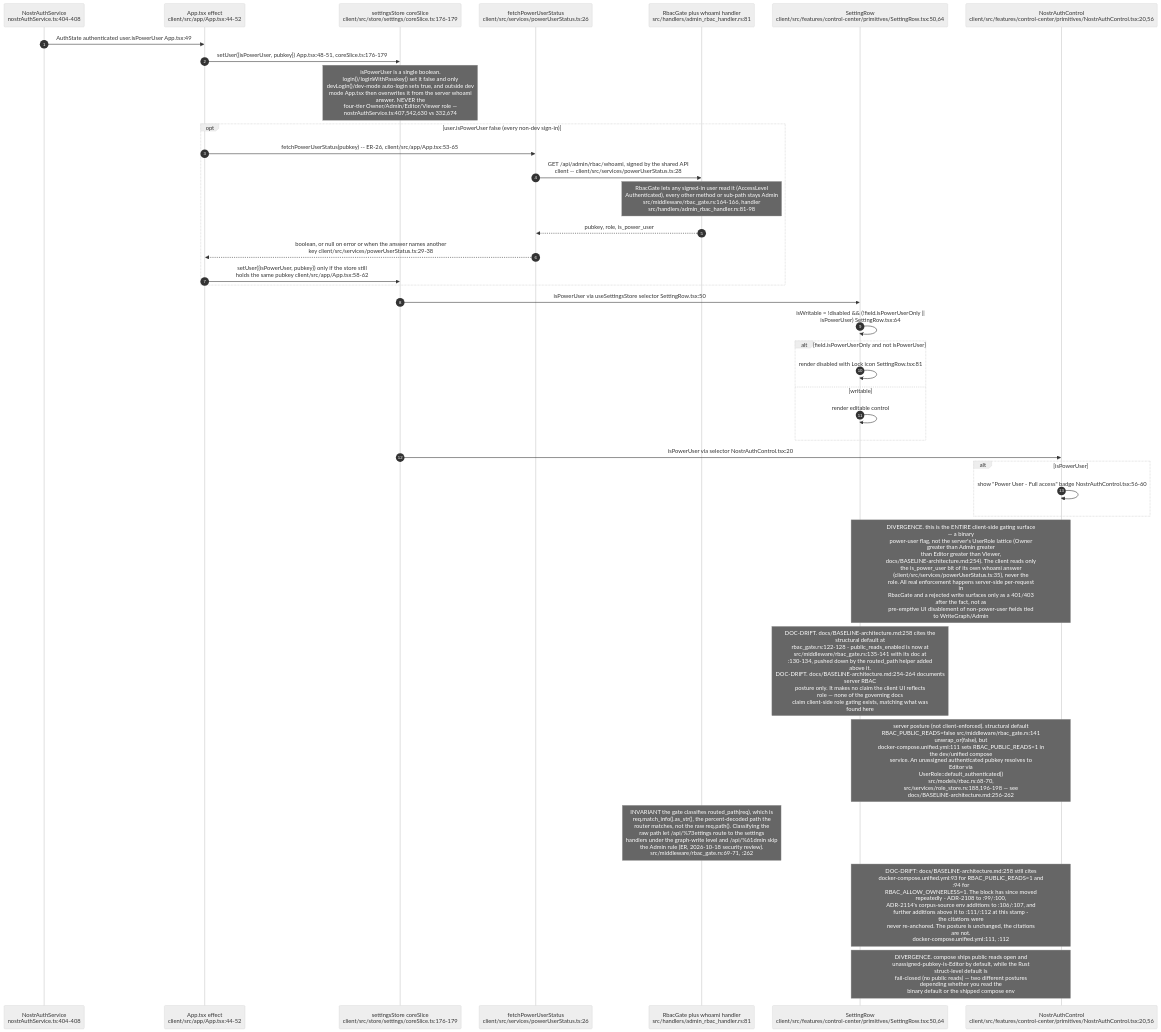
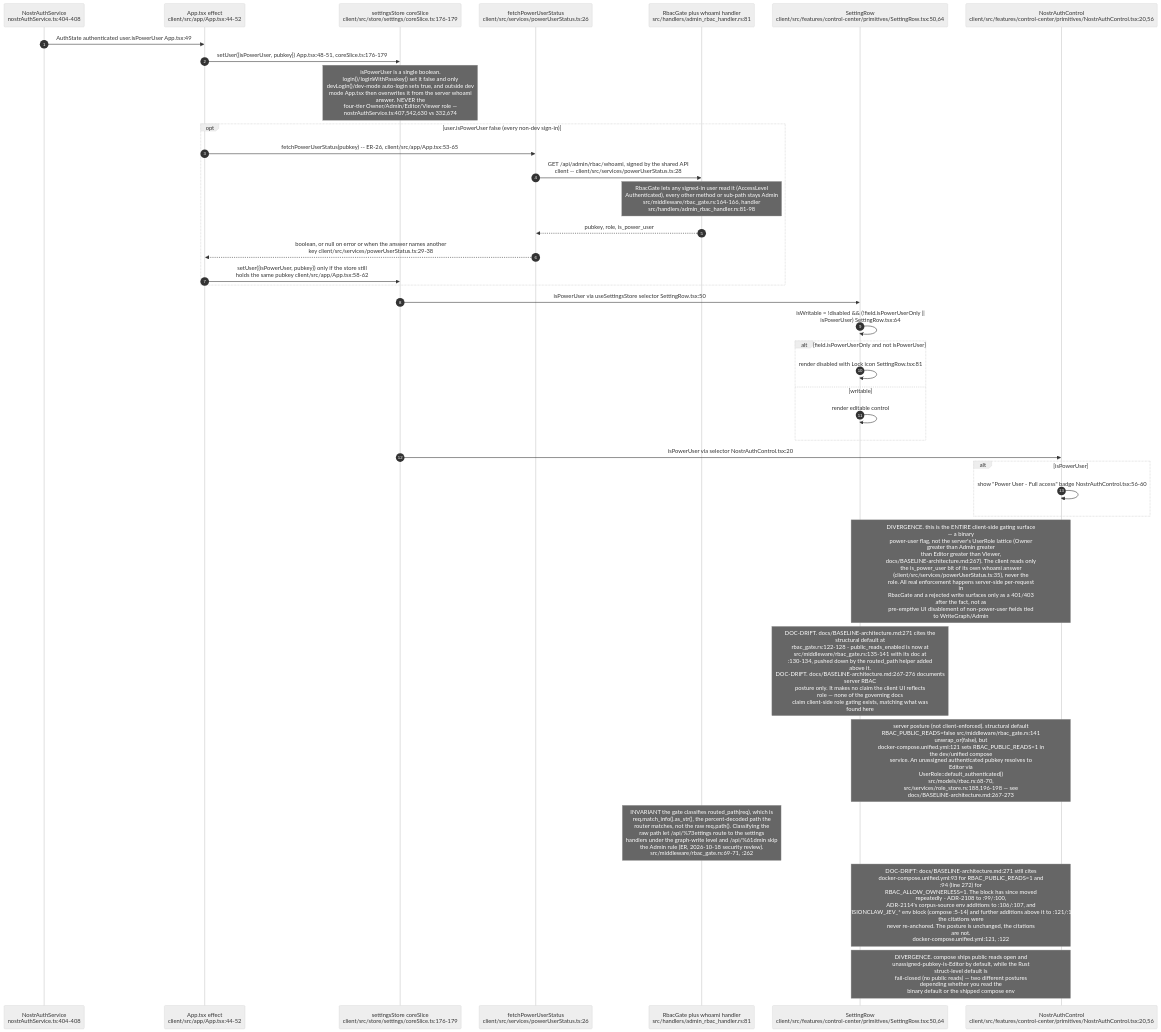
One commit to DreamLab-AI/VisionFlow changed the sixth of 8 diagrams in docs/diagrams/visionclaw/33-client-auth-and-identity.md. Above: the diagram before and after it, drawn with Mermaid (neutral theme). The commit also changed other lines of this file and 145 other files, not shown here.

````diff
--- a/docs/diagrams/visionclaw/33-client-auth-and-identity.md
+++ b/docs/diagrams/visionclaw/33-client-auth-and-identity.md
@@ -289,42 +289,42 @@
 ```mermaid
 sequenceDiagram
     autonumber
     participant NA as NostrAuthService<br/>nostrAuthService.ts:404-408
     participant App as App.tsx effect<br/>client/src/app/App.tsx:44-52
     participant Store as settingsStore coreSlice<br/>client/src/store/settings/coreSlice.ts:176-179
     participant PUS as fetchPowerUserStatus<br/>client/src/services/powerUserStatus.ts:26
     participant SRV as RbacGate plus whoami handler<br/>src/handlers/admin_rbac_handler.rs:81
     participant Row as SettingRow<br/>client/src/features/control-center/primitives/SettingRow.tsx:50,64
     participant Ctl as NostrAuthControl<br/>client/src/features/control-center/primitives/NostrAuthControl.tsx:20,56
 
     NA->>App: AuthState authenticated user.isPowerUser App.tsx:49
     App->>Store: setUser({isPowerUser, pubkey}) App.tsx:48-51, coreSlice.ts:176-179
     Note over Store: isPowerUser is a single boolean.<br/>login()/loginWithPasskey() set it false and only<br/>devLogin()/dev-mode auto-login sets true, and outside dev<br/>mode App.tsx then overwrites it from the server whoami<br/>answer. NEVER the<br/>four-tier Owner/Admin/Editor/Viewer role —<br/>nostrAuthService.ts:407,542,630 vs 332,674
     opt user.isPowerUser false (every non-dev sign-in)
         App->>PUS: fetchPowerUserStatus(pubkey) -- ER-26, client/src/app/App.tsx:53-65
         PUS->>SRV: GET /api/admin/rbac/whoami, signed by the shared API<br/>client -- client/src/services/powerUserStatus.ts:28
         Note over SRV: RbacGate lets any signed-in user read it (AccessLevel<br/>Authenticated), every other method or sub-path stays Admin<br/>src/middleware/rbac_gate.rs:164-166, handler<br/>src/handlers/admin_rbac_handler.rs:81-98
         SRV-->>PUS: pubkey, role, is_power_user
         PUS-->>App: boolean, or null on error or when the answer names another<br/>key client/src/services/powerUserStatus.ts:29-38
         App->>Store: setUser({isPowerUser, pubkey}) only if the store still<br/>holds the same pubkey client/src/app/App.tsx:58-62
     end
     Store->>Row: isPowerUser via useSettingsStore selector SettingRow.tsx:50
     Row->>Row: isWritable = !disabled && (!field.isPowerUserOnly ||<br/>isPowerUser) SettingRow.tsx:64
     alt field.isPowerUserOnly and not isPowerUser
         Row->>Row: render disabled with Lock icon SettingRow.tsx:81
     else writable
         Row->>Row: render editable control
     end
     Store->>Ctl: isPowerUser via selector NostrAuthControl.tsx:20
     alt isPowerUser
         Ctl->>Ctl: show "Power User - Full access" badge NostrAuthControl.tsx:56-60
     end
 
-    Note over Row,Ctl: DIVERGENCE. this is the ENTIRE client-side gating surface<br/>— a binary<br/>power-user flag, not the server's UserRole lattice (Owner<br/>greater than Admin greater<br/>than Editor greater than Viewer,<br/>docs/BASELINE-architecture.md:254). The client reads only<br/>the is_power_user bit of its own whoami answer<br/>(client/src/services/powerUserStatus.ts:35), never the<br/>role. All real enforcement happens server-side per-request<br/>in<br/>RbacGate and a rejected write surfaces only as a 401/403<br/>after the fact, not as<br/>pre-emptive UI disablement of non-power-user fields tied<br/>to WriteGraph/Admin
-    Note over Row: DOC-DRIFT. docs/BASELINE-architecture.md:258 cites the<br/>structural default at<br/>rbac_gate.rs:122-128 - public_reads_enabled is now at<br/>src/middleware/rbac_gate.rs:135-141 with its doc at<br/>:130-134, pushed down by the routed_path helper added<br/>above it.<br/>DOC-DRIFT. docs/BASELINE-architecture.md:254-264 documents<br/>server RBAC<br/>posture only. It makes no claim the client UI reflects<br/>role — none of the governing docs<br/>claim client-side role gating exists, matching what was<br/>found here
+    Note over Row,Ctl: DIVERGENCE. this is the ENTIRE client-side gating surface<br/>— a binary<br/>power-user flag, not the server's UserRole lattice (Owner<br/>greater than Admin greater<br/>than Editor greater than Viewer,<br/>docs/BASELINE-architecture.md:267). The client reads only<br/>the is_power_user bit of its own whoami answer<br/>(client/src/services/powerUserStatus.ts:35), never the<br/>role. All real enforcement happens server-side per-request<br/>in<br/>RbacGate and a rejected write surfaces only as a 401/403<br/>after the fact, not as<br/>pre-emptive UI disablement of non-power-user fields tied<br/>to WriteGraph/Admin
+    Note over Row: DOC-DRIFT. docs/BASELINE-architecture.md:271 cites the<br/>structural default at<br/>rbac_gate.rs:122-128 - public_reads_enabled is now at<br/>src/middleware/rbac_gate.rs:135-141 with its doc at<br/>:130-134, pushed down by the routed_path helper added<br/>above it.<br/>DOC-DRIFT. docs/BASELINE-architecture.md:267-276 documents<br/>server RBAC<br/>posture only. It makes no claim the client UI reflects<br/>role — none of the governing docs<br/>claim client-side role gating exists, matching what was<br/>found here
 
-    Note over Row,Ctl: server posture (not client-enforced). structural default<br/>RBAC_PUBLIC_READS=false src/middleware/rbac_gate.rs:141<br/>unwrap_or(false), but<br/>docker-compose.unified.yml:111 sets RBAC_PUBLIC_READS=1 in<br/>the dev/unified compose<br/>service. An unassigned authenticated pubkey resolves to<br/>Editor via<br/>UserRole::default_authenticated()<br/>src/models/rbac.rs:68-70,<br/>src/services/role_store.rs:188,196-198 — see<br/>docs/BASELINE-architecture.md:256-262
+    Note over Row,Ctl: server posture (not client-enforced). structural default<br/>RBAC_PUBLIC_READS=false src/middleware/rbac_gate.rs:141<br/>unwrap_or(false), but<br/>docker-compose.unified.yml:121 sets RBAC_PUBLIC_READS=1 in<br/>the dev/unified compose<br/>service. An unassigned authenticated pubkey resolves to<br/>Editor via<br/>UserRole::default_authenticated()<br/>src/models/rbac.rs:68-70,<br/>src/services/role_store.rs:188,196-198 — see<br/>docs/BASELINE-architecture.md:267-273
     Note over SRV: INVARIANT the gate classifies routed_path(req), which is<br/>req.match_info().as_str(), the percent-decoded path the<br/>router matches, not the raw req.path(). Classifying the<br/>raw path let /api/%73ettings route to the settings<br/>handlers under the graph-write level and /api/%61dmin skip<br/>the Admin rule (ER, 2026-10-18 security review).<br/>src/middleware/rbac_gate.rs:69-71, :262
-    Note over Row,Ctl: DOC-DRIFT: docs/BASELINE-architecture.md:258 still cites<br/>docker-compose.unified.yml:93 for RBAC_PUBLIC_READS=1 and<br/>:94 for<br/>RBAC_ALLOW_OWNERLESS=1. The block has since moved<br/>repeatedly - ADR-2108 to :99/:100,<br/>ADR-2114's corpus-source env additions to :106/:107, and<br/>further additions above it to :111/:112 at this stamp -<br/>the citations were<br/>never re-anchored. The posture is unchanged, the citations<br/>are not.<br/>docker-compose.unified.yml:111, :112
+    Note over Row,Ctl: DOC-DRIFT: docs/BASELINE-architecture.md:271 still cites<br/>docker-compose.unified.yml:93 for RBAC_PUBLIC_READS=1 and<br/>:94 (line 272) for<br/>RBAC_ALLOW_OWNERLESS=1. The block has since moved<br/>repeatedly - ADR-2108 to :99/:100,<br/>ADR-2114's corpus-source env additions to :106/:107, and<br/>the System One VISIONCLAW_JEV_* env block (compose :5-14) and further additions above it to :121/:122 at this stamp -<br/>the citations were<br/>never re-anchored. The posture is unchanged, the citations<br/>are not.<br/>docker-compose.unified.yml:121, :122
     Note over Row,Ctl: DIVERGENCE. compose ships public reads open and<br/>unassigned-pubkey-is-Editor by default, while the Rust<br/>struct-level default is<br/>fail-closed (no public reads) — two different postures<br/>depending whether you read the<br/>binary default or the shipped compose env
 ```
````
